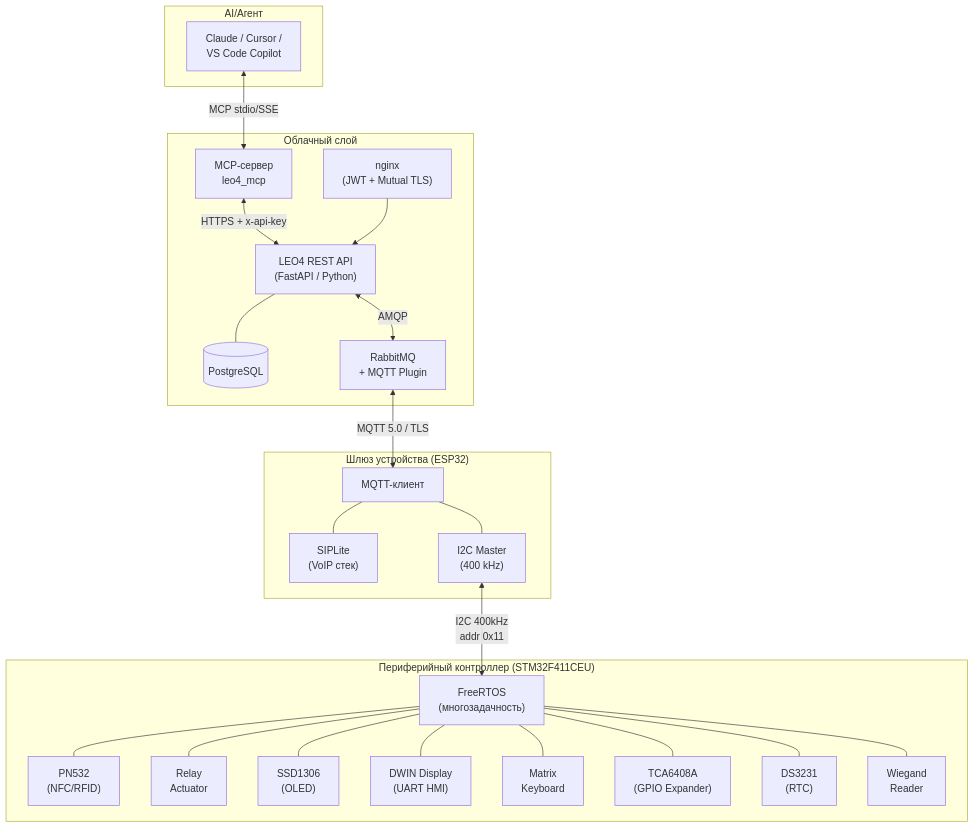
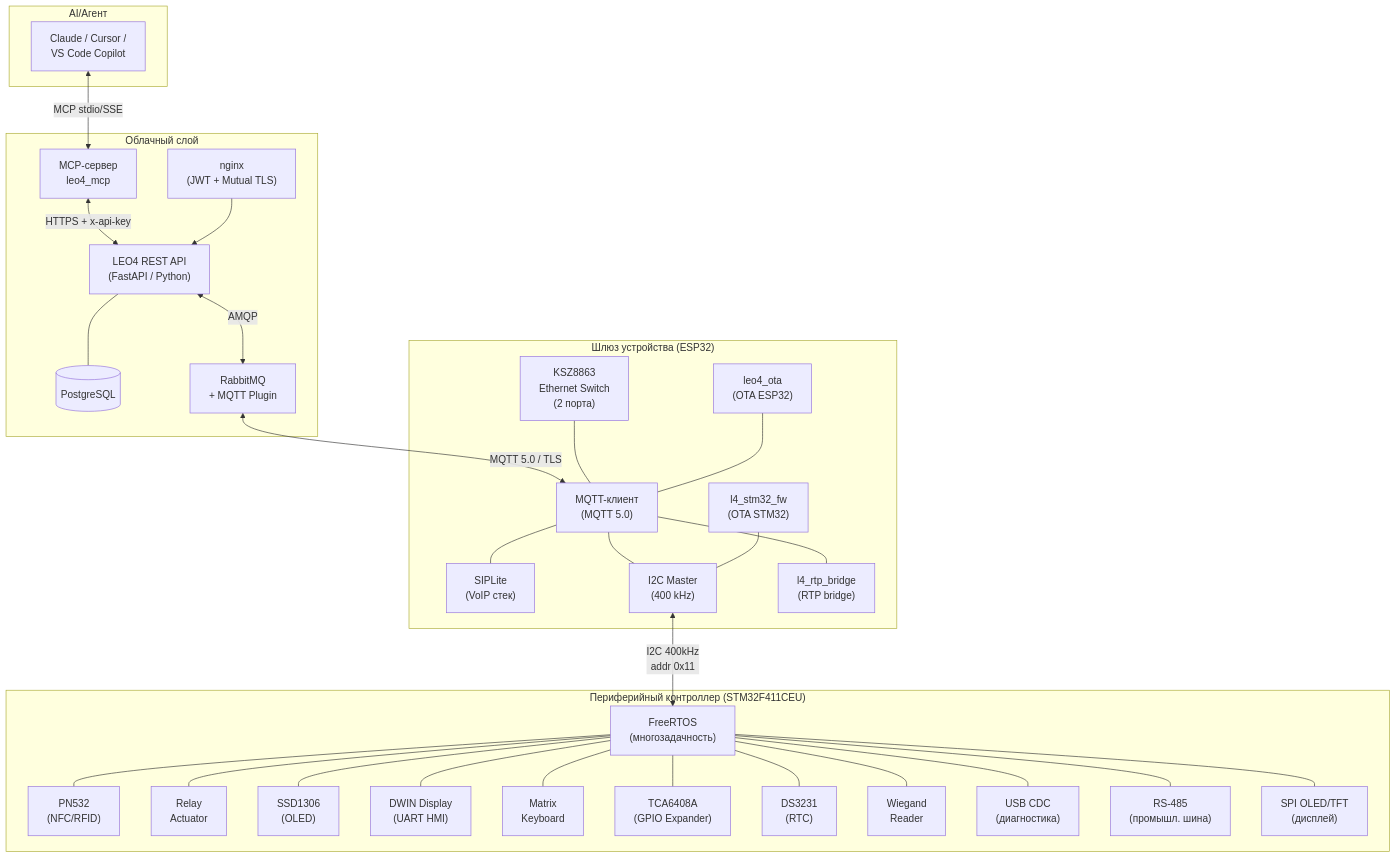
One commit to OlegLebedevRU/iot-rpc-rest-app changed the first of 8 diagrams in robotics/technical-research.md. Above: the diagram before and after it, drawn with Mermaid. The commit also changed other lines of this file and 2 other files, not shown here.

First line of the commit message:
Update robotics/ docs with confirmed siplite info: OTA, KSZ8863, video streams, peripherals

````diff
--- a/robotics/technical-research.md
+++ b/robotics/technical-research.md
@@ -48,50 +48,64 @@
 ```mermaid
 graph TB
     subgraph Cloud["Облачный слой"]
         API["LEO4 REST API\n(FastAPI / Python)"]
         DB[(PostgreSQL)]
         MQ["RabbitMQ\n+ MQTT Plugin"]
         GW["nginx\n(JWT + Mutual TLS)"]
         MCP["MCP-сервер\nleo4_mcp"]
     end
 
     subgraph Gateway["Шлюз устройства (ESP32)"]
-        MQTT_C["MQTT-клиент"]
+        MQTT_C["MQTT-клиент\n(MQTT 5.0)"]
         SIP["SIPLite\n(VoIP стек)"]
         I2C_M["I2C Master\n(400 kHz)"]
+        ETH["KSZ8863\nEthernet Switch\n(2 порта)"]
+        RTP["l4_rtp_bridge\n(RTP bridge)"]
+        OTA_ESP["leo4_ota\n(OTA ESP32)"]
+        STM_FW["l4_stm32_fw\n(OTA STM32)"]
     end
 
     subgraph Periph["Периферийный контроллер (STM32F411CEU)"]
         RTOS["FreeRTOS\n(многозадачность)"]
         NFC["PN532\n(NFC/RFID)"]
         RELAY["Relay\nActuator"]
         OLED["SSD1306\n(OLED)"]
         DWIN["DWIN Display\n(UART HMI)"]
         KBD["Matrix\nKeyboard"]
         TCA["TCA6408A\n(GPIO Expander)"]
         RTC["DS3231\n(RTC)"]
         WIEG["Wiegand\nReader"]
+        USB["USB CDC\n(диагностика)"]
+        RS485["RS-485\n(промышл. шина)"]
+        SPIDISP["SPI OLED/TFT\n(дисплей)"]
     end
 
     subgraph AI["AI/Агент"]
         LLM["Claude / Cursor /\nVS Code Copilot"]
     end
 
     LLM <-->|"MCP stdio/SSE"| MCP
     MCP <-->|"HTTPS + x-api-key"| API
     API --- DB
     API <-->|"AMQP"| MQ
     MQ <-->|"MQTT 5.0 / TLS"| MQTT_C
     GW --> API
     MQTT_C --- SIP
     MQTT_C --- I2C_M
+    MQTT_C --- RTP
+    ETH --- MQTT_C
+    OTA_ESP --- MQTT_C
+    STM_FW --- I2C_M
     I2C_M <-->|"I2C 400kHz\naddr 0x11"| RTOS
     RTOS --- NFC
     RTOS --- RELAY
     RTOS --- OLED
     RTOS --- DWIN
     RTOS --- KBD
     RTOS --- TCA
     RTOS --- RTC
     RTOS --- WIEG
+    RTOS --- USB
+    RTOS --- RS485
+    RTOS --- SPIDISP
 ```
````
